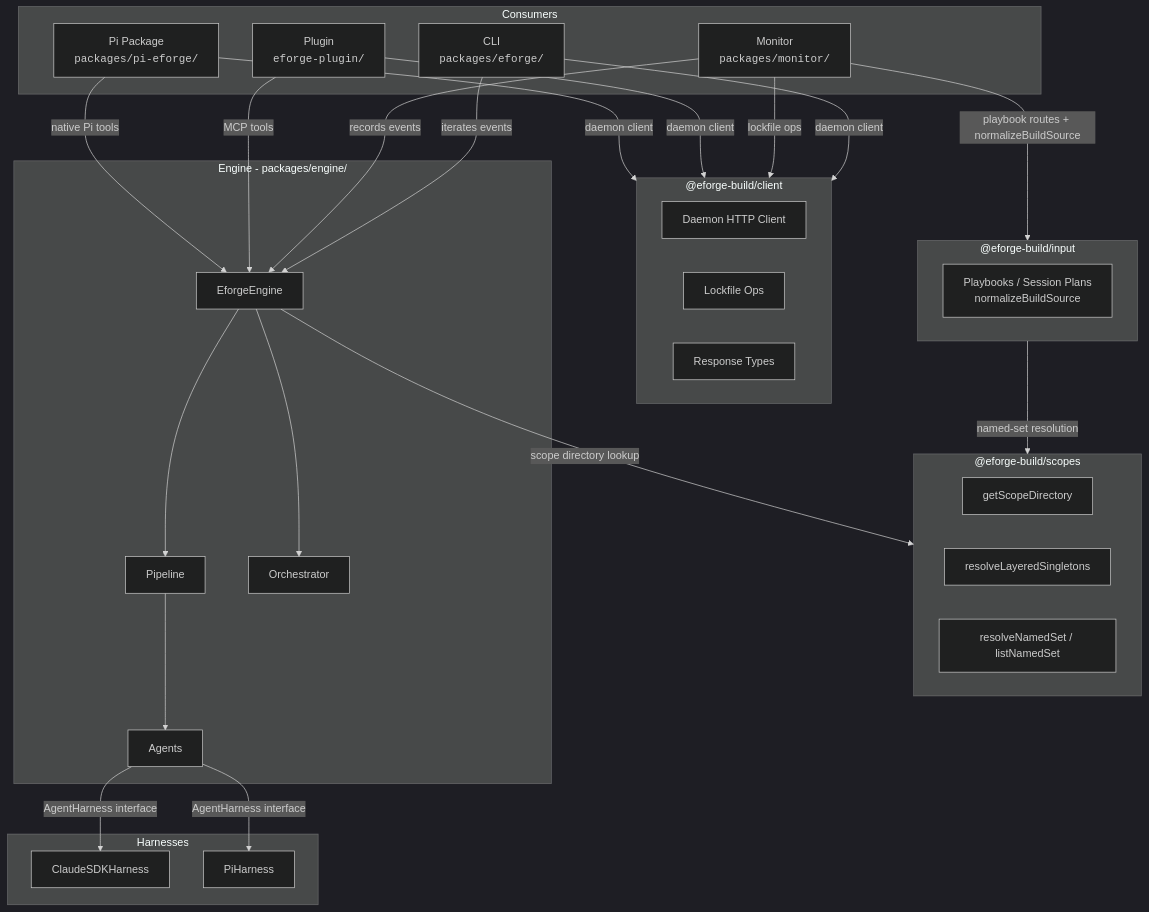
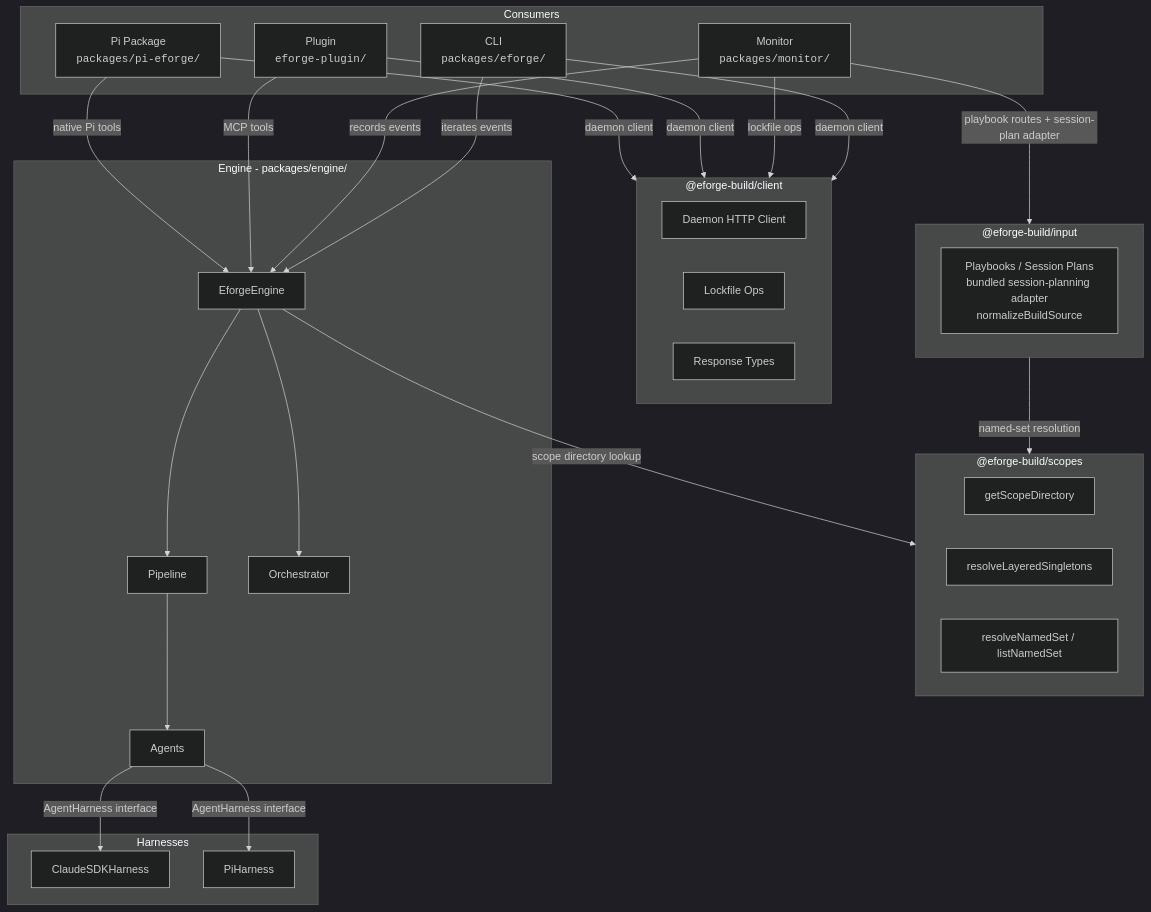
One commit to eforge-build/eforge changed the first of 4 diagrams in docs/architecture.md. Above: the diagram before and after it, drawn with Mermaid (dark theme). The commit also changed other lines of this file and 25 other files, not shown here.

First line of the commit message:
feat(plan-02-daemon-integration-docs): Daemon Service Adapter Integration and Documentation

````diff
--- a/docs/architecture.md
+++ b/docs/architecture.md
@@ -13,54 +13,54 @@
 ```mermaid
 graph TD
     subgraph Consumers
         CLI["CLI<br/><code>packages/eforge/</code>"]
         Monitor["Monitor<br/><code>packages/monitor/</code>"]
         Plugin["Plugin<br/><code>eforge-plugin/</code>"]
         PiPkg["Pi Package<br/><code>packages/pi-eforge/</code>"]
     end
 
     subgraph Client ["@eforge-build/client"]
         DaemonClient["Daemon HTTP Client"]
         LockfileOps["Lockfile Ops"]
         ResponseTypes["Response Types"]
     end
 
     subgraph Input ["@eforge-build/input"]
-        InputArtifacts["Playbooks / Session Plans<br/>normalizeBuildSource"]
+        InputArtifacts["Playbooks / Session Plans<br/>bundled session-planning adapter<br/>normalizeBuildSource"]
     end
 
     subgraph Scopes ["@eforge-build/scopes"]
         ScopeDir["getScopeDirectory"]
         LayeredSingleton["resolveLayeredSingletons"]
         NamedSet["resolveNamedSet / listNamedSet"]
     end
 
     subgraph Engine ["Engine - packages/engine/"]
         EforgeEngine["EforgeEngine"]
         Pipeline["Pipeline"]
         Orchestrator["Orchestrator"]
         Agents["Agents"]
     end
 
     subgraph Harnesses
         Claude["ClaudeSDKHarness"]
         Pi["PiHarness"]
     end
 
     CLI -->|"daemon client"| Client
     Monitor -->|"lockfile ops"| Client
     Plugin -->|"daemon client"| Client
     PiPkg -->|"daemon client"| Client
     CLI -->|"iterates events"| EforgeEngine
     Monitor -->|"records events"| EforgeEngine
-    Monitor -->|"playbook routes + normalizeBuildSource"| Input
+    Monitor -->|"playbook routes + session-plan adapter"| Input
     Plugin -->|"MCP tools"| EforgeEngine
     PiPkg -->|"native Pi tools"| EforgeEngine
     EforgeEngine --> Pipeline
     EforgeEngine --> Orchestrator
     EforgeEngine -->|"scope directory lookup"| Scopes
     Input -->|"named-set resolution"| Scopes
     Pipeline --> Agents
     Agents -->|"AgentHarness interface"| Claude
     Agents -->|"AgentHarness interface"| Pi
 ```
````
